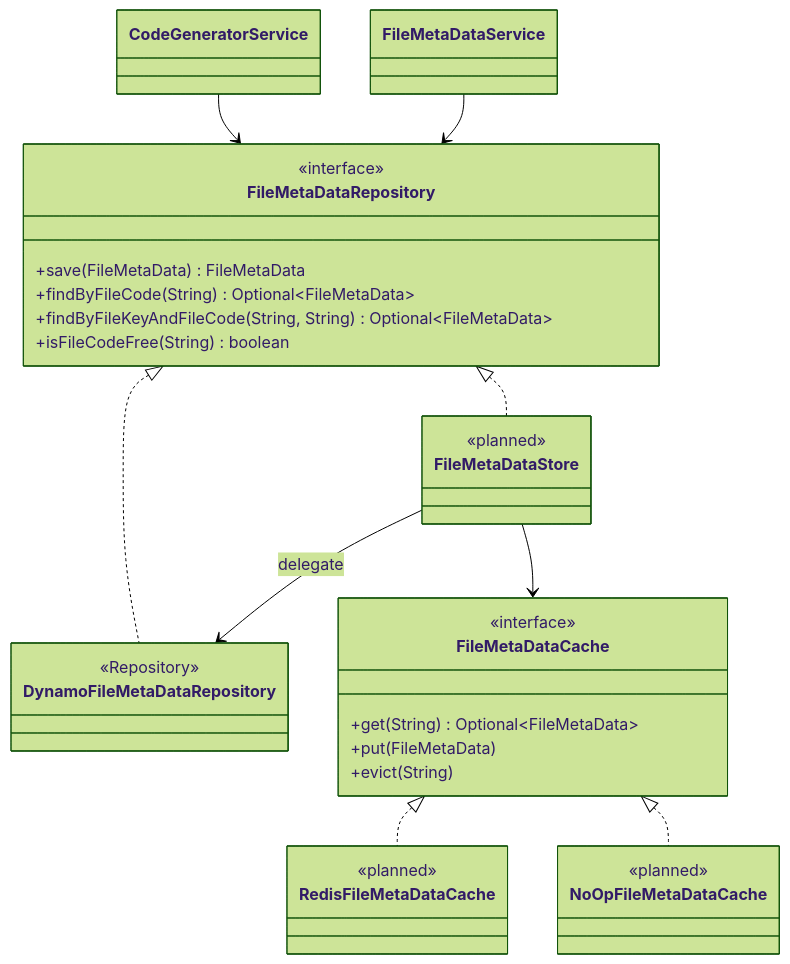
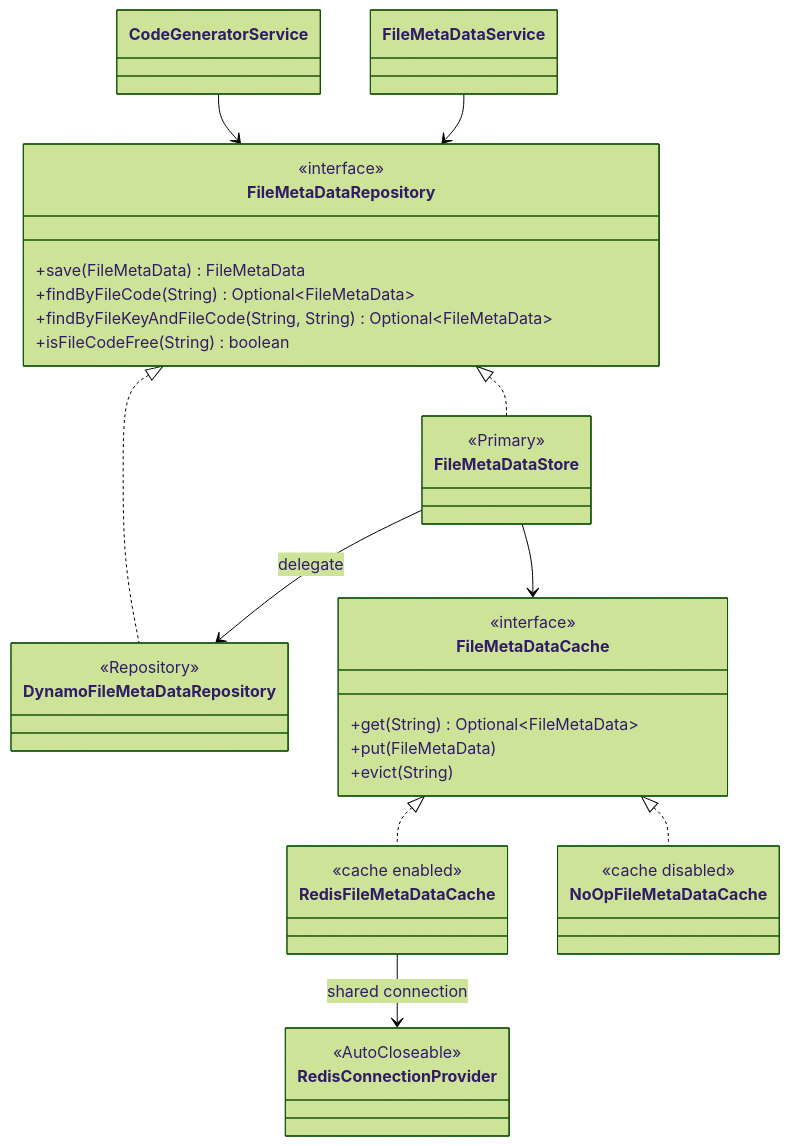
The second of 3 diagrams in docs/CLASSES.md (Dhiren9939/Mint), drawn with Mermaid (forest theme) before and after one commit. The commit also changed other lines of this file and 2 other files, not shown here.

Commit message:
docs: document ecs infrastructure and update class diagrams

````diff
--- a/docs/CLASSES.md
+++ b/docs/CLASSES.md
@@ -41,39 +60,43 @@
 ```mermaid
 classDiagram
     direction TB
 
     class FileMetaDataRepository {
         <<interface>>
         +save(FileMetaData) FileMetaData
         +findByFileCode(String) Optional~FileMetaData~
         +findByFileKeyAndFileCode(String, String) Optional~FileMetaData~
         +isFileCodeFree(String) boolean
     }
     class DynamoFileMetaDataRepository {
         <<Repository>>
     }
     class FileMetaDataStore {
-        <<planned>>
+        <<Primary>>
     }
     class FileMetaDataCache {
         <<interface>>
         +get(String) Optional~FileMetaData~
         +put(FileMetaData)
         +evict(String)
     }
     class RedisFileMetaDataCache {
-        <<planned>>
+        <<cache enabled>>
     }
     class NoOpFileMetaDataCache {
-        <<planned>>
+        <<cache disabled>>
+    }
+    class RedisConnectionProvider {
+        <<AutoCloseable>>
     }
 
     CodeGeneratorService --> FileMetaDataRepository
     FileMetaDataService --> FileMetaDataRepository
     FileMetaDataRepository <|.. DynamoFileMetaDataRepository
     FileMetaDataRepository <|.. FileMetaDataStore
     FileMetaDataStore --> DynamoFileMetaDataRepository : delegate
     FileMetaDataStore --> FileMetaDataCache
     FileMetaDataCache <|.. RedisFileMetaDataCache
     FileMetaDataCache <|.. NoOpFileMetaDataCache
+    RedisFileMetaDataCache --> RedisConnectionProvider : shared connection
 ```
````
